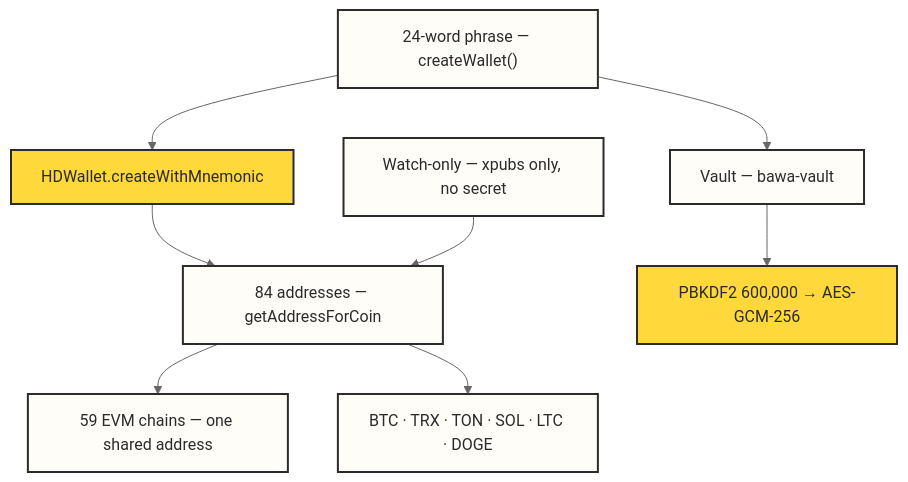
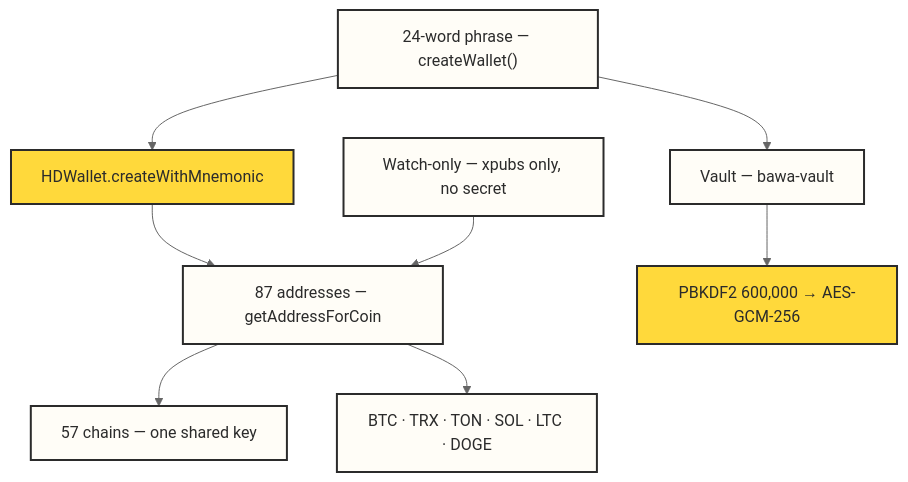
One commit to Pr3eve6ti2o/bawa changed the second of 3 diagrams in docs/HOW-IT-WORKS.md. Above: the diagram before and after it, drawn with Mermaid (neutral theme). The commit also changed other lines of this file and 15 other files, not shown here.

````diff
--- a/docs/HOW-IT-WORKS.md
+++ b/docs/HOW-IT-WORKS.md
@@ -60,21 +60,21 @@
 ```mermaid
 flowchart TB
     accTitle: Keys and vault
     accDescr: One 24-word phrase opens one HD wallet; the vault encrypts it on the device and the core derives one address per chain.
 
     phrase["24-word phrase — createWallet()"] --> hd["HDWallet.createWithMnemonic"]
-    hd --> addrs["84 addresses — getAddressForCoin"]
+    hd --> addrs["87 addresses — getAddressForCoin"]
     phrase --> vault["Vault — bawa-vault"]
     vault --> kdf["PBKDF2 600,000 → AES-GCM-256"]
-    addrs --> evm["59 EVM chains — one shared address"]
+    addrs --> evm["57 chains — one shared key"]
     addrs --> other["BTC · TRX · TON · SOL · LTC · DOGE"]
     watch["Watch-only — xpubs only, no secret"] --> addrs
 
     classDef guide fill:#FFFDF7,stroke:#2B2B2B,stroke-width:2px,color:#2B2B2B
     classDef sun fill:#FFD93B,stroke:#2B2B2B,stroke-width:2px,color:#2B2B2B
     classDef plain fill:#FFFDF7,stroke:#2B2B2B,stroke-width:2px,color:#2B2B2B
 
     class phrase,vault guide
     class hd,kdf sun
     class addrs,evm,other,watch plain
 ```
````
